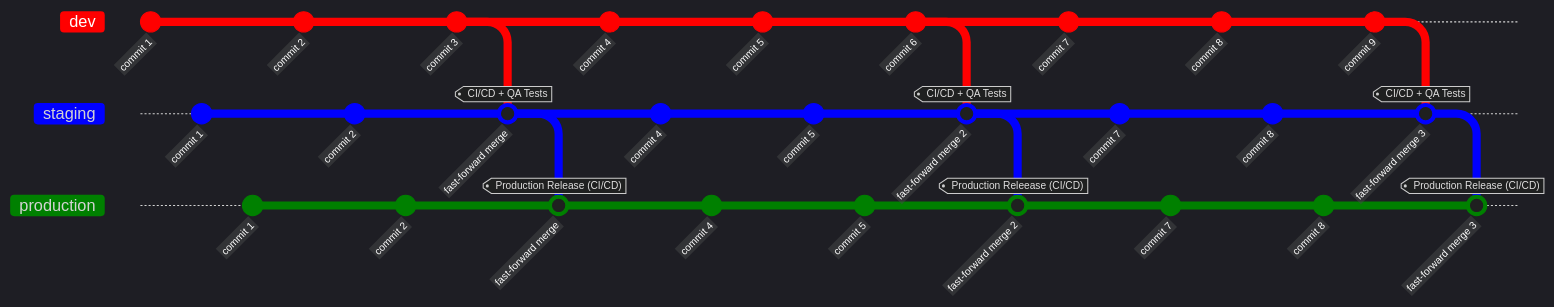
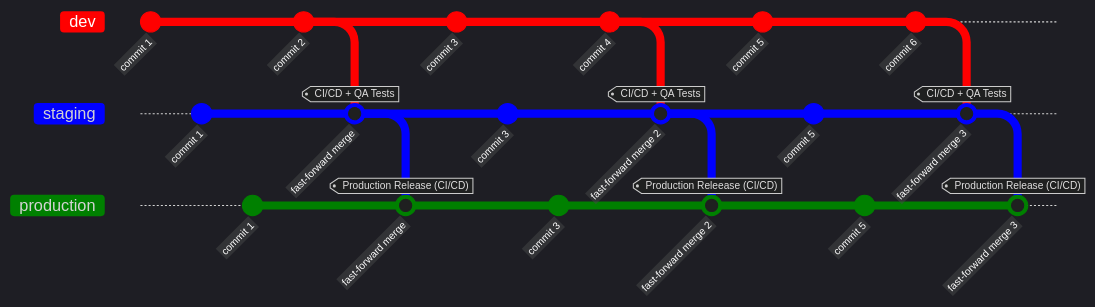
The third of 3 diagrams in README.md (HariSekhon/Diagrams-as-Code), drawn with Mermaid before and after one commit.

```diff
--- a/README.md
+++ b/README.md
@@ -429,15 +429,6 @@
     commit id: "commit 2"
 
     checkout staging
-    commit id: "commit 2 "
-
-    checkout production
-    commit id: "commit 2  "
-
-    checkout dev
-    commit id: "commit 3"
-
-    checkout staging
     merge dev id: "fast-forward merge" tag: "CI/CD + QA Tests"
 
     checkout production
@@ -445,13 +436,23 @@
 
 
     checkout dev
+    commit id: "commit 3"
+
+    checkout staging
+    commit id: "commit 3 "
+
+    checkout production
+    commit id: "commit 3  "
+
+    checkout dev
     commit id: "commit 4"
 
     checkout staging
-    commit id: "commit 4 "
+    merge dev id: "fast-forward merge 2" tag: "CI/CD + QA Tests"
 
     checkout production
-    commit id: "commit 4  "
+    merge staging id: "fast-forward merge 2 " tag: "Production Releease (CI/CD)"
+
 
     checkout dev
     commit id: "commit 5"
@@ -466,34 +467,6 @@
     commit id: "commit 6"
 
     checkout staging
-    merge dev id: "fast-forward merge 2" tag: "CI/CD + QA Tests"
-
-    checkout production
-    merge staging id: "fast-forward merge 2 " tag: "Production Releease (CI/CD)"
-
-
-    checkout dev
-    commit id: "commit 7"
-
-    checkout staging
-    commit id: "commit 7 "
-
-    checkout production
-    commit id: "commit 7  "
-
-    checkout dev
-    commit id: "commit 8"
-
-    checkout staging
-    commit id: "commit 8 "
-
-    checkout production
-    commit id: "commit 8  "
-
-    checkout dev
-    commit id: "commit 9"
-
-    checkout staging
     merge dev id: "fast-forward merge 3" tag: "CI/CD + QA Tests"
 
     checkout production
```
